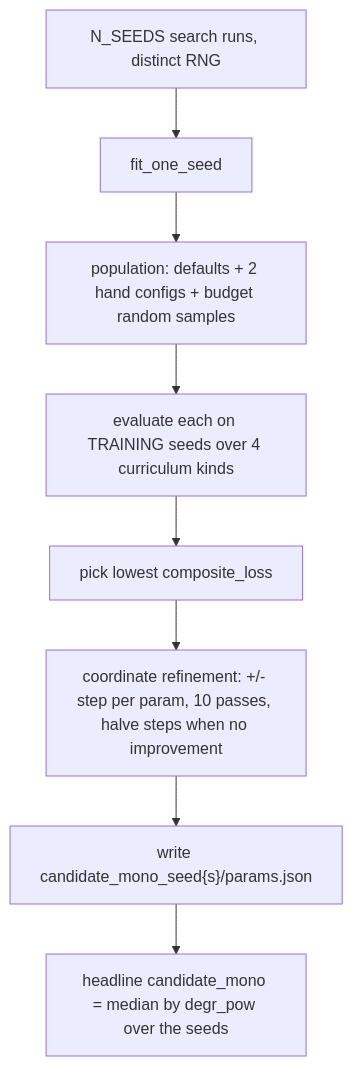
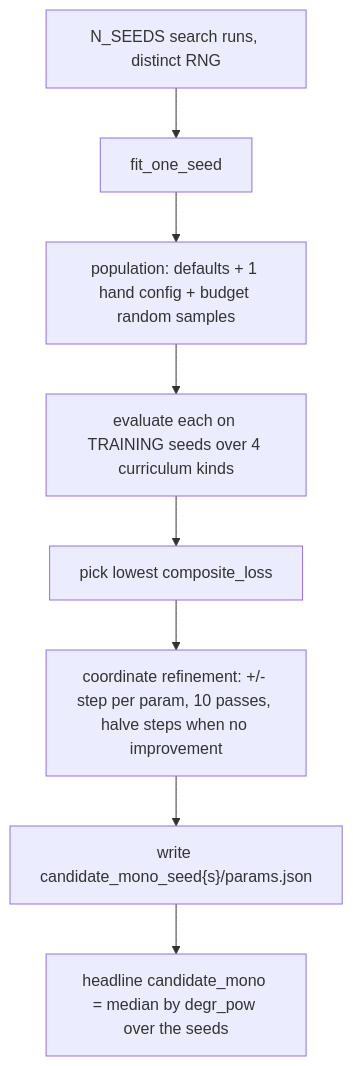
Before and after one commit to TasneemEltabakh/smartload: the eighth of 9 diagrams in docs/modules/rl-engine.md, drawn with Mermaid. The commit also changed other lines of this file and 5 other files, not shown here.

````diff
--- a/docs/modules/rl-engine.md
+++ b/docs/modules/rl-engine.md
@@ -385,10 +467,10 @@
 ```mermaid
 flowchart TD
   SEEDS["N_SEEDS search runs, distinct RNG"] --> ONE["fit_one_seed"]
-  ONE --> POP["population: defaults + 2 hand configs + budget random samples"]
+  ONE --> POP["population: defaults + 1 hand config + budget random samples"]
   POP --> EVAL1["evaluate each on TRAINING seeds over 4 curriculum kinds"]
   EVAL1 --> BEST["pick lowest composite_loss"]
   BEST --> COORD["coordinate refinement: +/- step per param, 10 passes, halve steps when no improvement"]
   COORD --> ARTI["write candidate_mono_seed{s}/params.json"]
   ARTI --> HEAD["headline candidate_mono = median by degr_pow over the seeds"]
 ```
````
